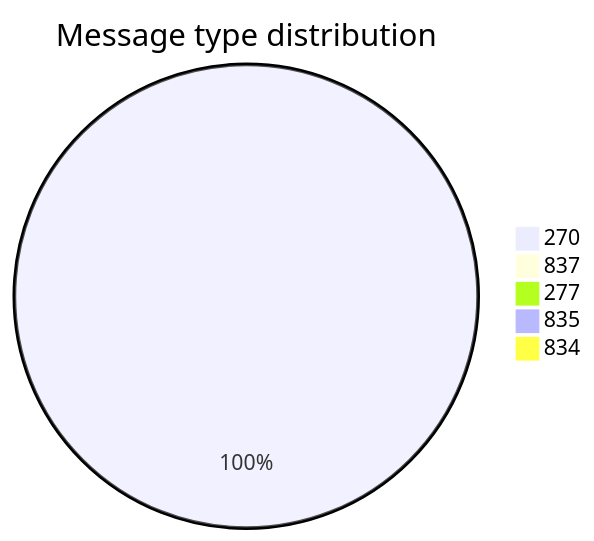
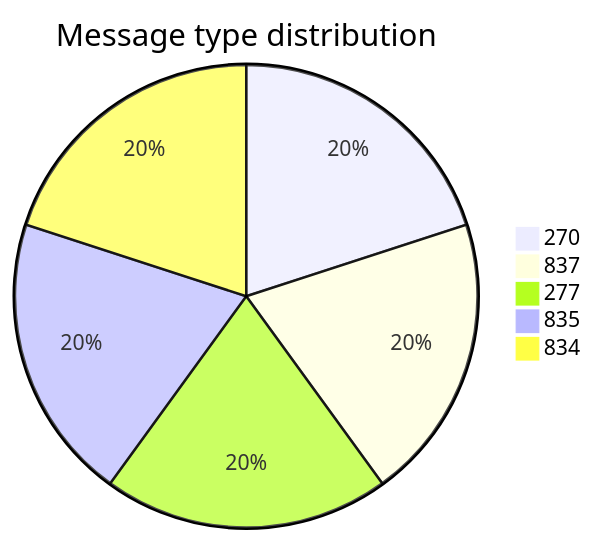
Before and after one commit to dhagan-va/intern-2025: the second of 11 diagrams in test-tools/DataGen/src/Statistics_Visualizer.md, drawn with Mermaid. The commit also changed other lines of this file and 4 other files, not shown here.

````diff
--- a/test-tools/DataGen/src/Statistics_Visualizer.md
+++ b/test-tools/DataGen/src/Statistics_Visualizer.md
@@ -18,8 +28,8 @@
 ```mermaid
 pie title Message type distribution
-    "270" : 1
-    "837" : 0
-    "277" : 0
-    "835" : 0
-    "834" : 0
+    "270" : 4211
+    "837" : 4211
+    "277" : 4211
+    "835" : 4211
+    "834" : 4211
 ```
````
